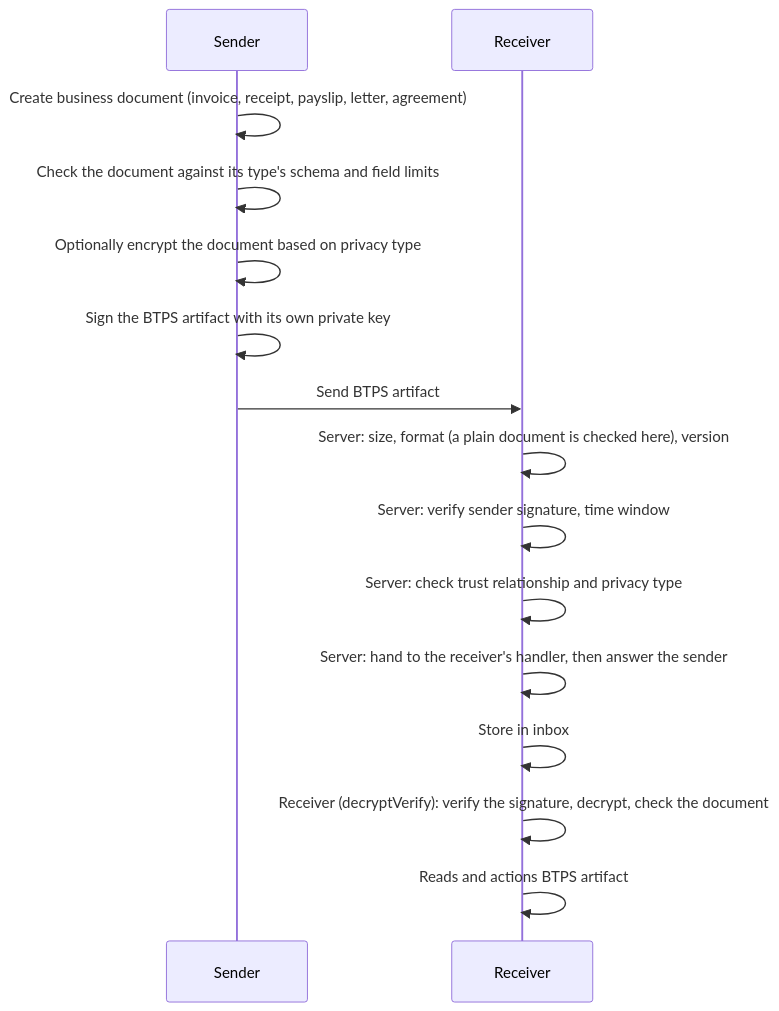
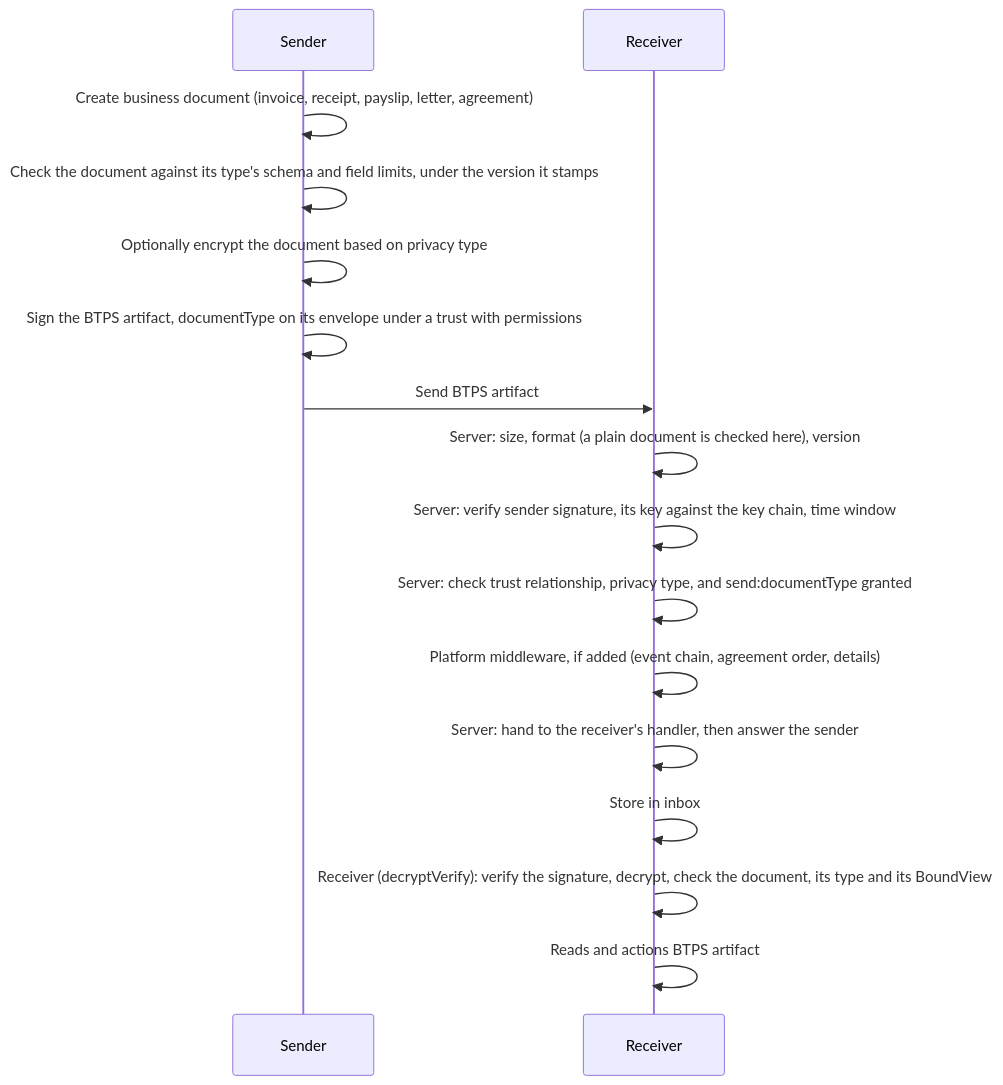
The fourth of 7 diagrams in docs/docusaurus/docs/protocol/messageFlow.md (openbtps/btps-node), drawn with Mermaid before and after one commit. The commit also changed other lines of this file and 32 other files, not shown here.

````diff
--- a/docs/docusaurus/docs/protocol/messageFlow.md
+++ b/docs/docusaurus/docs/protocol/messageFlow.md
@@ -218,19 +226,20 @@
 ```mermaid
 sequenceDiagram
     participant S as Sender
     participant R as Receiver
 
     S->>S: Create business document (invoice, receipt, payslip, letter, agreement)
-    S->>S: Check the document against its type's schema and field limits
+    S->>S: Check the document against its type's schema and field limits, under the version it stamps
     S->>S: Optionally encrypt the document based on privacy type
-    S->>S: Sign the BTPS artifact with its own private key
+    S->>S: Sign the BTPS artifact, documentType on its envelope under a trust with permissions
     S->>R: Send BTPS artifact
 
     R->>R: Server: size, format (a plain document is checked here), version
-    R->>R: Server: verify sender signature, time window
-    R->>R: Server: check trust relationship and privacy type
+    R->>R: Server: verify sender signature, its key against the key chain, time window
+    R->>R: Server: check trust relationship, privacy type, and send:documentType granted
+    R->>R: Platform middleware, if added (event chain, agreement order, details)
     R->>R: Server: hand to the receiver's handler, then answer the sender
     R->>R: Store in inbox
-    R->>R: Receiver (decryptVerify): verify the signature, decrypt, check the document
+    R->>R: Receiver (decryptVerify): verify the signature, decrypt, check the document, its type and its BoundView
     R->>R: Reads and actions BTPS artifact
 ```
````
